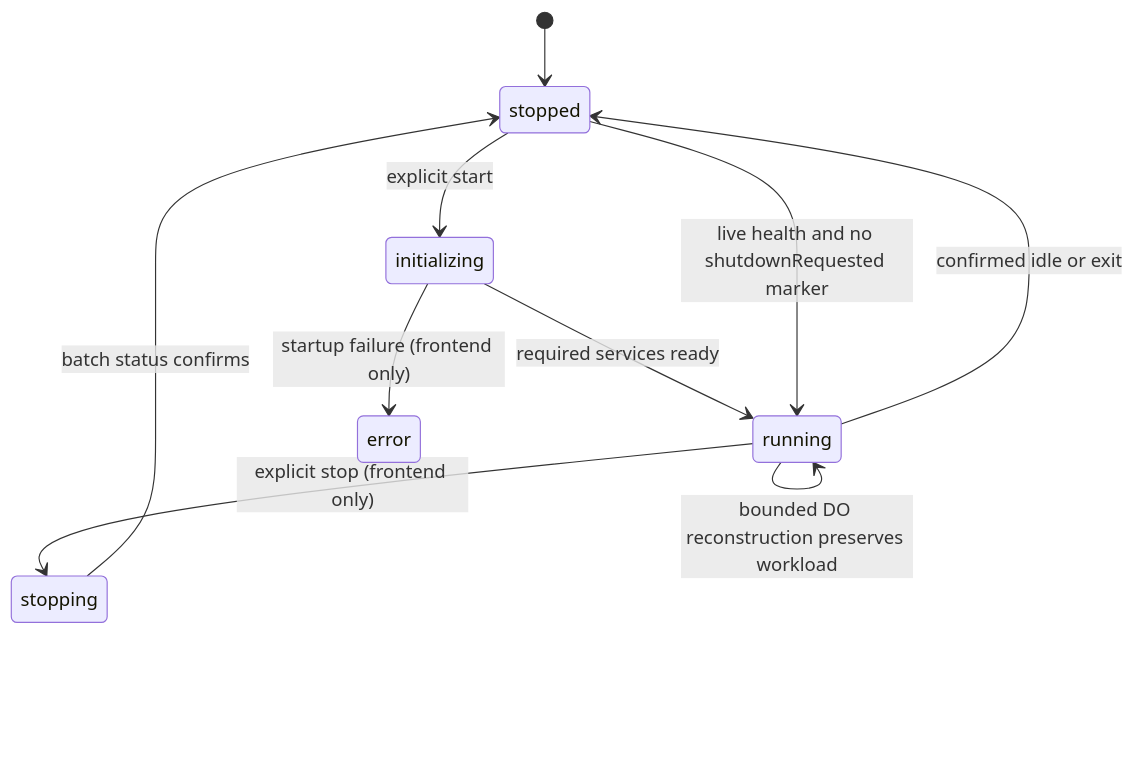
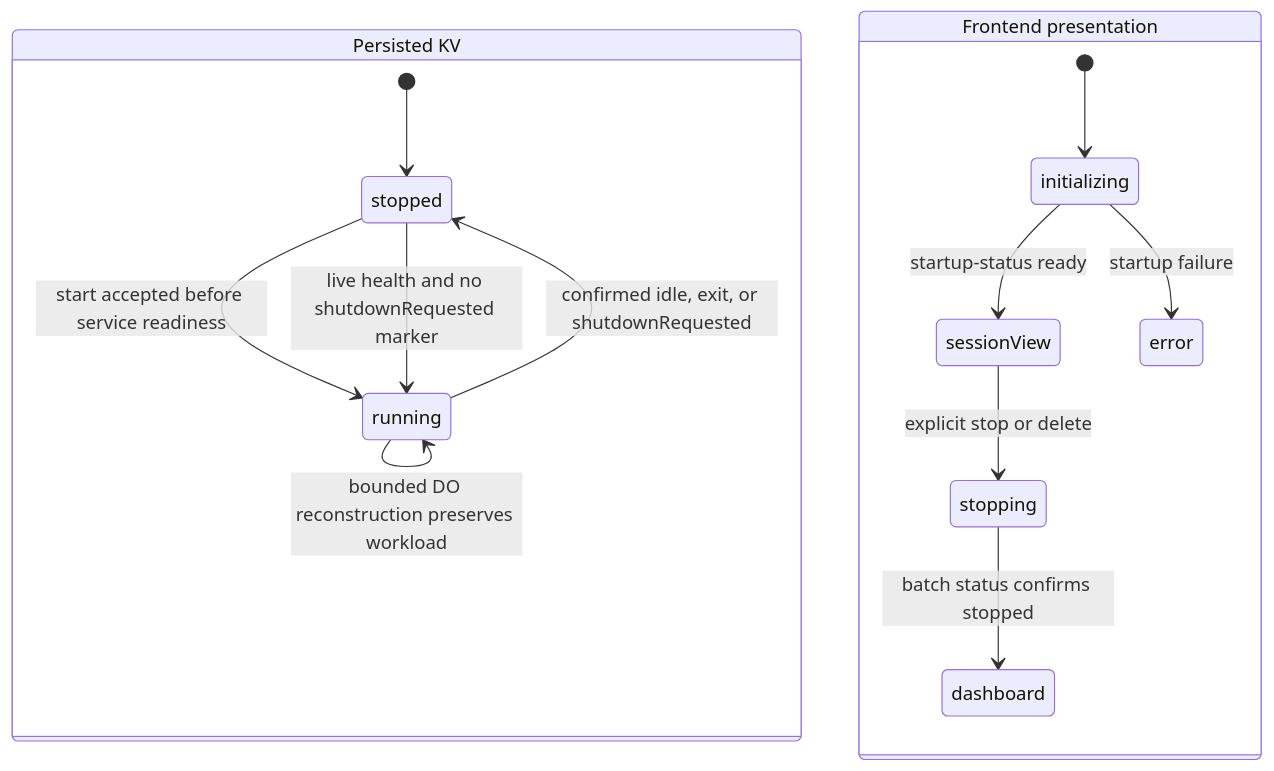
The third of 9 diagrams in documentation/lanes/architecture.md (nikolanovoselec/codeflare), drawn with Mermaid before and after one commit. The commit also changed other lines of this file and 2 other files, not shown here.

Commit message:
docs: close architecture verification gaps

````diff
--- a/documentation/lanes/architecture.md
+++ b/documentation/lanes/architecture.md
@@ -445,12 +451,17 @@
 ```mermaid
 stateDiagram-v2
-    [*] --> stopped
-    stopped --> initializing : explicit start
-    initializing --> running : required services ready
-    initializing --> error : startup failure (frontend only)
-    running --> stopping : explicit stop (frontend only)
-    stopping --> stopped : batch status confirms
-    running --> stopped : confirmed idle or exit
-    running --> running : bounded DO reconstruction preserves workload
-    stopped --> running : live health and no shutdownRequested marker
+    state "Persisted KV" as Persisted {
+        [*] --> stopped
+        stopped --> running : start accepted before service readiness
+        running --> stopped : confirmed idle, exit, or shutdownRequested
+        running --> running : bounded DO reconstruction preserves workload
+        stopped --> running : live health and no shutdownRequested marker
+    }
+    state "Frontend presentation" as Frontend {
+        [*] --> initializing
+        initializing --> sessionView : startup-status ready
+        initializing --> error : startup failure
+        sessionView --> stopping : explicit stop or delete
+        stopping --> dashboard : batch status confirms stopped
+    }
 ```
````
